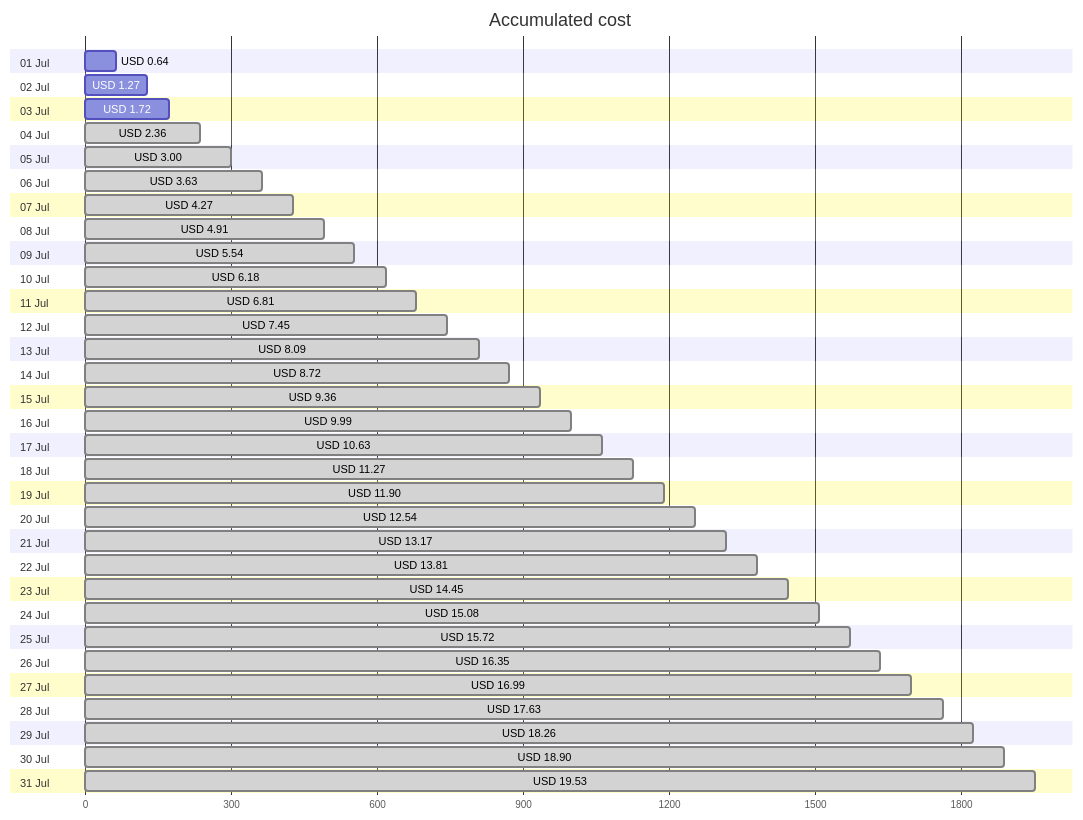
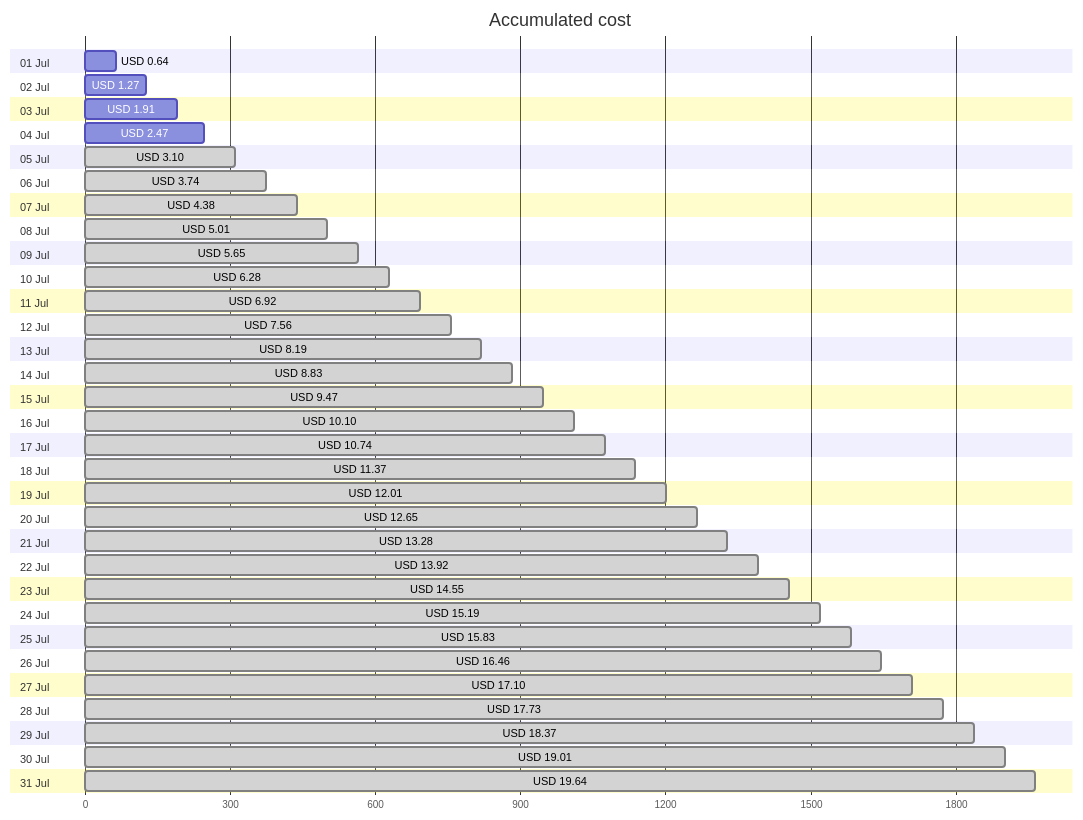
One commit to jpfulton/azure-personal-reports changed the first of 4 diagrams in cost-reports/accumulated-cost.md. Above: the diagram before and after it, drawn with Mermaid. The commit also changed other lines of this file and 4 other files, not shown here.

````diff
--- a/cost-reports/accumulated-cost.md
+++ b/cost-reports/accumulated-cost.md
@@ -20,68 +20,68 @@
 ```mermaid
 gantt
    title Accumulated cost
    dateFormat  X
    axisFormat %s
    section 01 Jul
    USD 0.64 :0, 64
    section 02 Jul
    USD 1.27 :0, 127
    section 03 Jul
-   USD 1.72 :0, 172
+   USD 1.91 :0, 191
    section 04 Jul
-   USD 2.36 : done, 0, 236
+   USD 2.47 :0, 247
    section 05 Jul
-   USD 3.00 : done, 0, 300
+   USD 3.10 : done, 0, 310
    section 06 Jul
-   USD 3.63 : done, 0, 363
+   USD 3.74 : done, 0, 374
    section 07 Jul
-   USD 4.27 : done, 0, 427
+   USD 4.38 : done, 0, 438
    section 08 Jul
-   USD 4.91 : done, 0, 491
+   USD 5.01 : done, 0, 501
    section 09 Jul
-   USD 5.54 : done, 0, 554
+   USD 5.65 : done, 0, 565
    section 10 Jul
-   USD 6.18 : done, 0, 618
+   USD 6.28 : done, 0, 628
    section 11 Jul
-   USD 6.81 : done, 0, 681
+   USD 6.92 : done, 0, 692
    section 12 Jul
-   USD 7.45 : done, 0, 745
+   USD 7.56 : done, 0, 756
    section 13 Jul
-   USD 8.09 : done, 0, 809
+   USD 8.19 : done, 0, 819
    section 14 Jul
-   USD 8.72 : done, 0, 872
+   USD 8.83 : done, 0, 883
    section 15 Jul
-   USD 9.36 : done, 0, 936
+   USD 9.47 : done, 0, 947
    section 16 Jul
-   USD 9.99 : done, 0, 999
+   USD 10.10 : done, 0, 1010
    section 17 Jul
-   USD 10.63 : done, 0, 1063
+   USD 10.74 : done, 0, 1074
    section 18 Jul
-   USD 11.27 : done, 0, 1127
+   USD 11.37 : done, 0, 1137
    section 19 Jul
-   USD 11.90 : done, 0, 1190
+   USD 12.01 : done, 0, 1201
    section 20 Jul
-   USD 12.54 : done, 0, 1254
+   USD 12.65 : done, 0, 1265
    section 21 Jul
-   USD 13.17 : done, 0, 1317
+   USD 13.28 : done, 0, 1328
    section 22 Jul
-   USD 13.81 : done, 0, 1381
+   USD 13.92 : done, 0, 1392
    section 23 Jul
-   USD 14.45 : done, 0, 1445
+   USD 14.55 : done, 0, 1455
    section 24 Jul
-   USD 15.08 : done, 0, 1508
+   USD 15.19 : done, 0, 1519
    section 25 Jul
-   USD 15.72 : done, 0, 1572
+   USD 15.83 : done, 0, 1583
    section 26 Jul
-   USD 16.35 : done, 0, 1635
+   USD 16.46 : done, 0, 1646
    section 27 Jul
-   USD 16.99 : done, 0, 1699
+   USD 17.10 : done, 0, 1710
    section 28 Jul
-   USD 17.63 : done, 0, 1763
+   USD 17.73 : done, 0, 1773
    section 29 Jul
-   USD 18.26 : done, 0, 1826
+   USD 18.37 : done, 0, 1837
    section 30 Jul
-   USD 18.90 : done, 0, 1890
+   USD 19.01 : done, 0, 1901
    section 31 Jul
-   USD 19.53 : done, 0, 1953
+   USD 19.64 : done, 0, 1964
 ```
````
